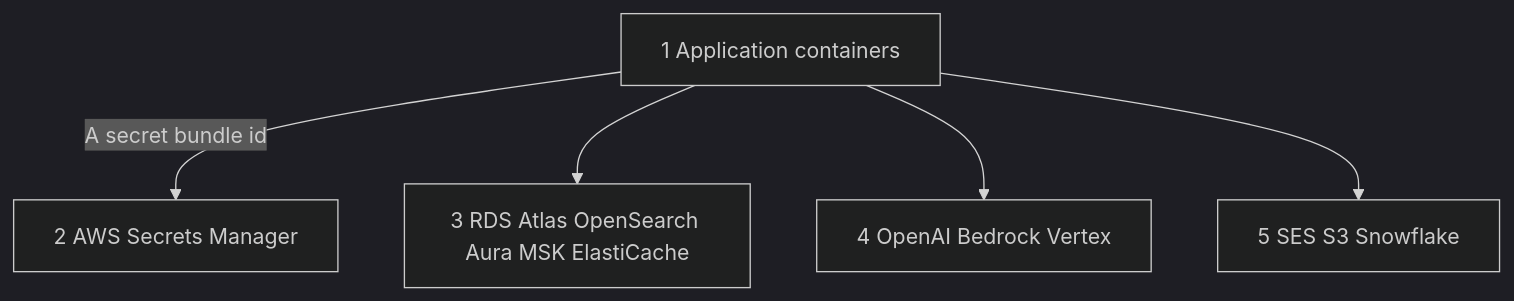
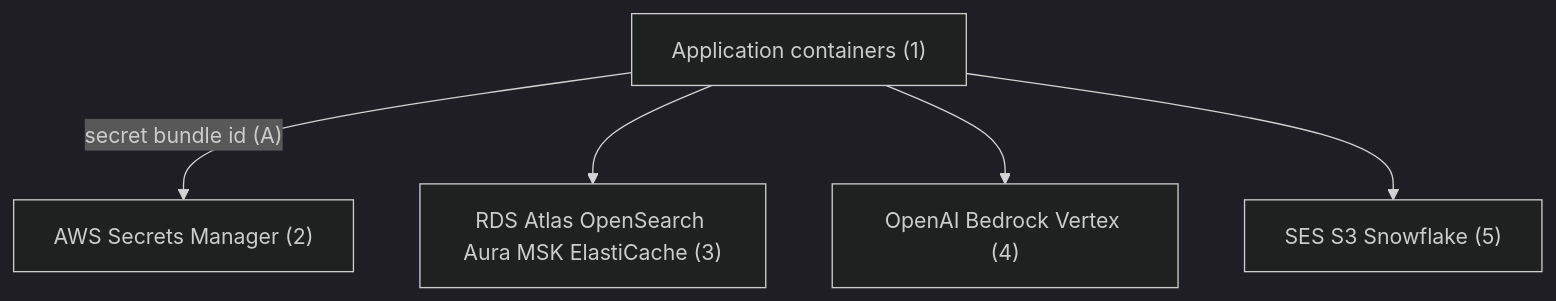
The eighth of 9 diagrams in docs/arch_guide_system_flowchart.md (OferElboher/suspicious-email-triage), drawn with Mermaid (dark theme) before and after one commit. The commit also changed other lines of this file and 9 other files, not shown here.

First line of the commit message:
Document partial flowcharts in prose and normalize diagram labels.

````diff
--- a/docs/arch_guide_system_flowchart.md
+++ b/docs/arch_guide_system_flowchart.md
@@ -451,13 +476,13 @@
 ```mermaid
 flowchart TB
-  APP["1 Application containers"]
-  SM["2 AWS Secrets Manager"]
-  DATA["3 RDS Atlas OpenSearch Aura MSK ElastiCache"]
-  AI["4 OpenAI Bedrock Vertex"]
-  OUT["5 SES S3 Snowflake"]
+  APP["Application containers (1)"]
+  SM["AWS Secrets Manager (2)"]
+  DATA["RDS Atlas OpenSearch Aura MSK ElastiCache (3)"]
+  AI["OpenAI Bedrock Vertex (4)"]
+  OUT["SES S3 Snowflake (5)"]
 
-  APP -->|"A secret bundle id"| SM
+  APP -->|"secret bundle id (A)"| SM
   APP --> DATA
   APP --> AI
   APP --> OUT
 ```
````
